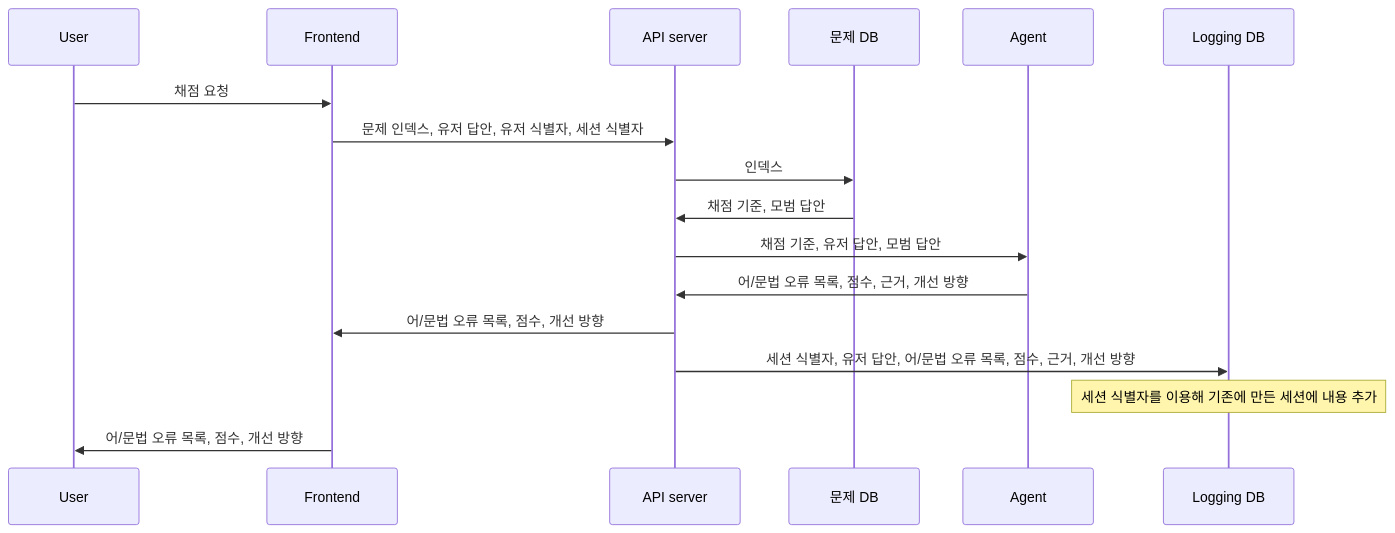
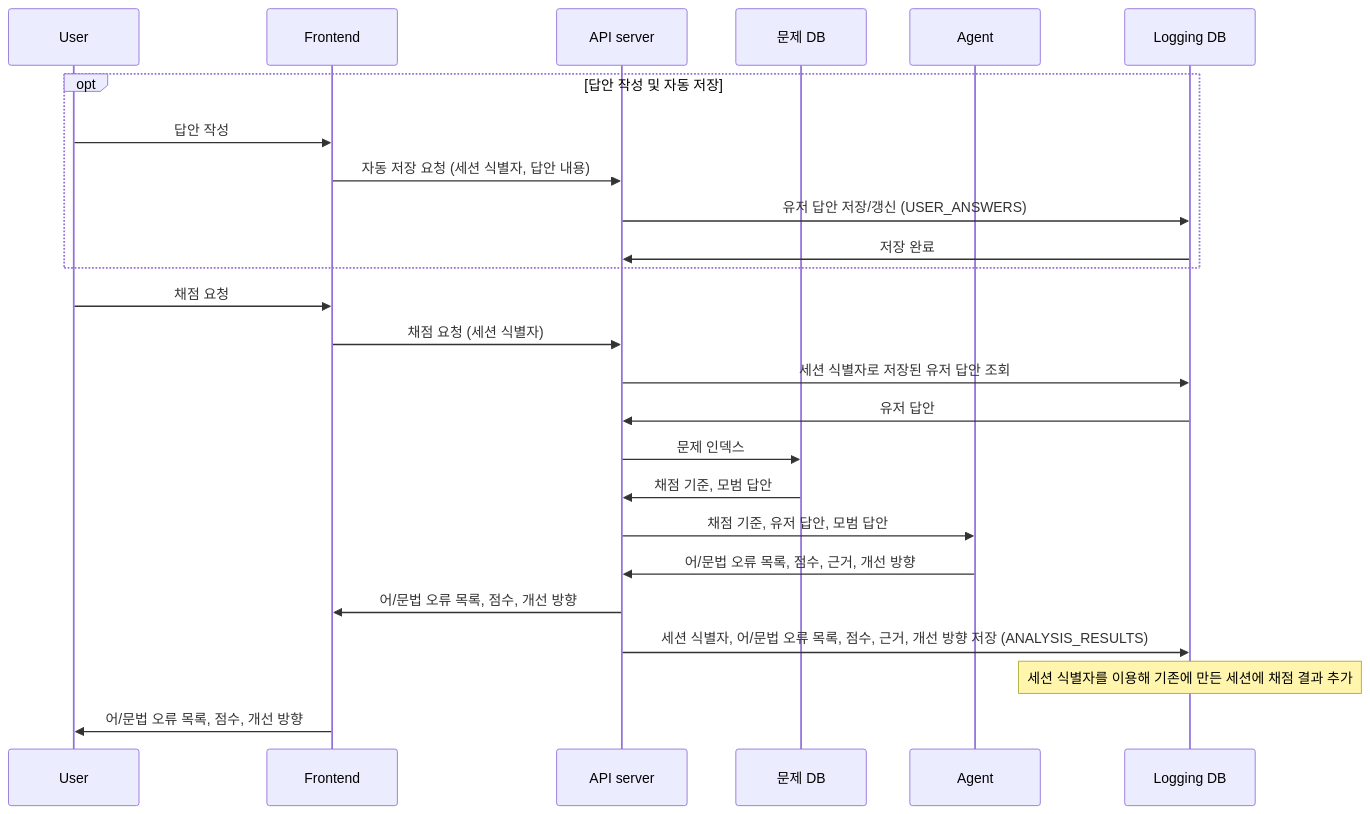
One commit to bookyoulove/paragraphy changed the third of 5 diagrams in 설계문서/시퀀스 다이어그램.md. Above: the diagram before and after it, drawn with Mermaid. The commit also changed other lines of this file and 3 other files, not shown here.

````diff
--- a/설계문서/시퀀스 다이어그램.md
+++ b/설계문서/시퀀스 다이어그램.md
@@ -56,19 +55,27 @@
 ```mermaid
 sequenceDiagram
     participant User
     participant Frontend
     participant API as API server
     participant problem as 문제 DB
     participant Agent
     participant log as Logging DB
+    opt 답안 작성 및 자동 저장
+    User->>Frontend: 답안 작성
+    Frontend->>API: 자동 저장 요청 (세션 식별자, 답안 내용)
+    API->>log: 유저 답안 저장/갱신 (USER_ANSWERS)
+    log->>API: 저장 완료
+    end
     User->>Frontend: 채점 요청
-    Frontend->>API: 문제 인덱스, 유저 답안, 유저 식별자, 세션 식별자
-    API->>problem: 인덱스
+    Frontend->>API: 채점 요청 (세션 식별자)
+    API->>log: 세션 식별자로 저장된 유저 답안 조회
+    log->>API: 유저 답안
+    API->>problem: 문제 인덱스
     problem->>API: 채점 기준, 모범 답안
     API->>Agent: 채점 기준, 유저 답안, 모범 답안
     Agent->>API: 어/문법 오류 목록, 점수, 근거, 개선 방향
-    API->>Frontend:  어/문법 오류 목록, 점수, 개선 방향
-    API->>log: 세션 식별자, 유저 답안, 어/문법 오류 목록, 점수, 근거, 개선 방향
-    Note over log: 세션 식별자를 이용해 기존에 만든 세션에 내용 추가
+    API->>Frontend: 어/문법 오류 목록, 점수, 개선 방향
+    API->>log: 세션 식별자, 어/문법 오류 목록, 점수, 근거, 개선 방향 저장 (ANALYSIS_RESULTS)
+    Note over log: 세션 식별자를 이용해 기존에 만든 세션에 채점 결과 추가
     Frontend->>User: 어/문법 오류 목록, 점수, 개선 방향
 ```
````
